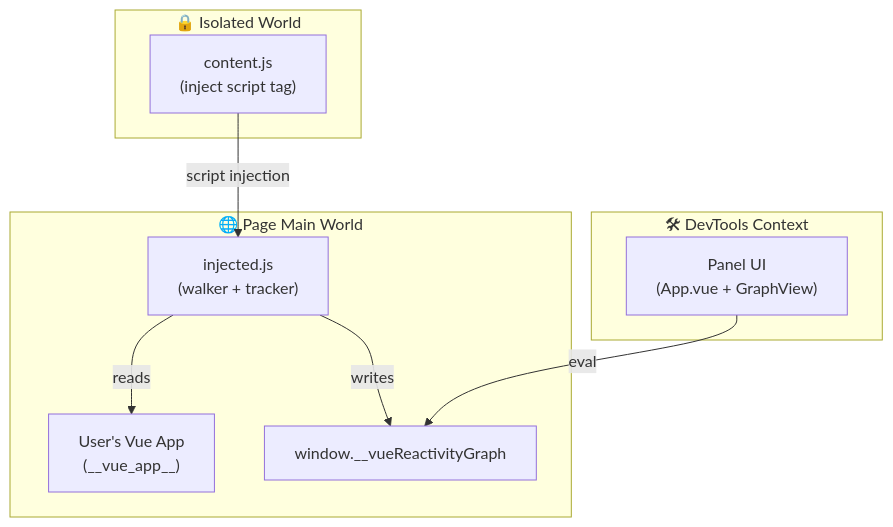
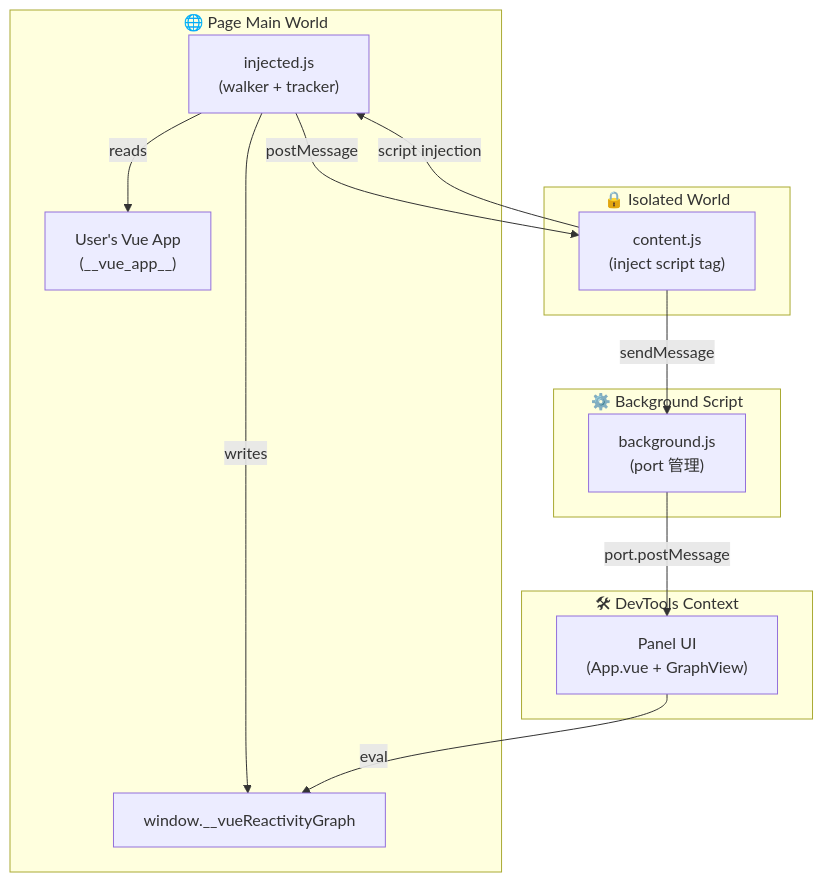
One commit to allenstu6311/Vue-reactivity-graph changed the first of 2 diagrams in ARCHITECTURE.md. Above: the diagram before and after it, drawn with Mermaid. The commit also changed other lines of this file and 1 other file, not shown here.

````diff
--- a/ARCHITECTURE.md
+++ b/ARCHITECTURE.md
@@ -7,21 +7,28 @@
 ```mermaid
 graph TB
     subgraph PageWorld["🌐 Page Main World"]
         VueApp["User's Vue App\n(__vue_app__)"]
         Injected["injected.js\n(walker + tracker)"]
         GlobalGraph["window.__vueReactivityGraph"]
     end
 
     subgraph IsolatedWorld["🔒 Isolated World"]
         Content["content.js\n(inject script tag)"]
     end
 
+    subgraph ExtBg["⚙️ Background Script"]
+        Background["background.js\n(port 管理)"]
+    end
+
     subgraph DevToolsCtx["🛠 DevTools Context"]
         Panel["Panel UI\n(App.vue + GraphView)"]
     end
 
     Content -->|script injection| Injected
     Injected -->|reads| VueApp
     Injected -->|writes| GlobalGraph
+    Injected -->|postMessage| Content
+    Content -->|sendMessage| Background
+    Background -->|port.postMessage| Panel
     Panel -->|eval| GlobalGraph
 ```
````
